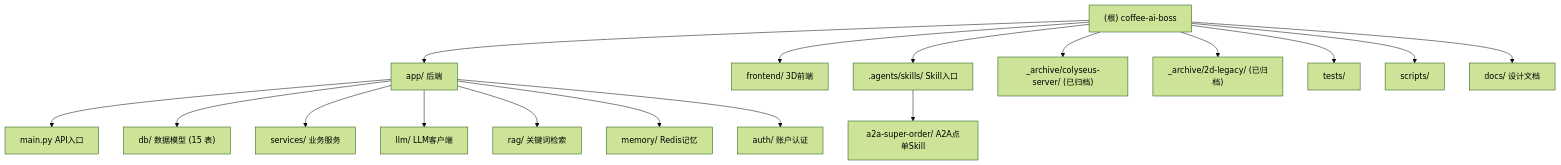
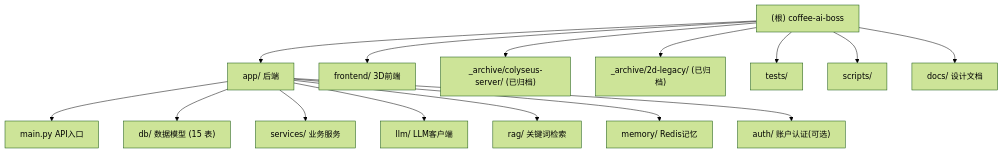
One commit to flying-dragon-ai/super-agentic-diner changed the diagram in CLAUDE.md. Above: the diagram before and after it, drawn with Mermaid (forest theme). The commit also changed other lines of this file and 27 other files, not shown here.

````diff
--- a/CLAUDE.md
+++ b/CLAUDE.md
@@ -107,24 +106,21 @@
 ```mermaid
 graph TD
     Root["(根) coffee-ai-boss"] --> App["app/ 后端"]
     Root --> Frontend["frontend/ 3D前端"]
-    Root --> Agents[".agents/skills/ Skill入口"]
     Root --> ArchiveColyseus["_archive/colyseus-server/ (已归档)"]
     Root --> Archive2D["_archive/2d-legacy/ (已归档)"]
     Root --> Tests["tests/"]
     Root --> Scripts["scripts/"]
     Root --> Docs["docs/ 设计文档"]
     App --> AppMain["main.py API入口"]
     App --> AppDb["db/ 数据模型 (15 表)"]
     App --> AppServices["services/ 业务服务"]
     App --> AppLlm["llm/ LLM客户端"]
     App --> AppRag["rag/ 关键词检索"]
     App --> AppMemory["memory/ Redis记忆"]
-    App --> AppAuth["auth/ 账户认证"]
-    Agents --> A2ASkill["a2a-super-order/ A2A点单Skill"]
+    App --> AppAuth["auth/ 账户认证(可选)"]
 
     click App "./app/CLAUDE.md" "查看后端模块文档"
     click Frontend "./frontend/CLAUDE.md" "查看 3D 前端模块文档"
-    click A2ASkill "./.agents/skills/a2a-super-order/CLAUDE.md" "查看 A2A 超级点单 Skill 模块文档"
     click ArchiveColyseus "./_archive/colyseus-server/CLAUDE.md" "查看已归档 Colyseus 服务器文档"
 ```
````
